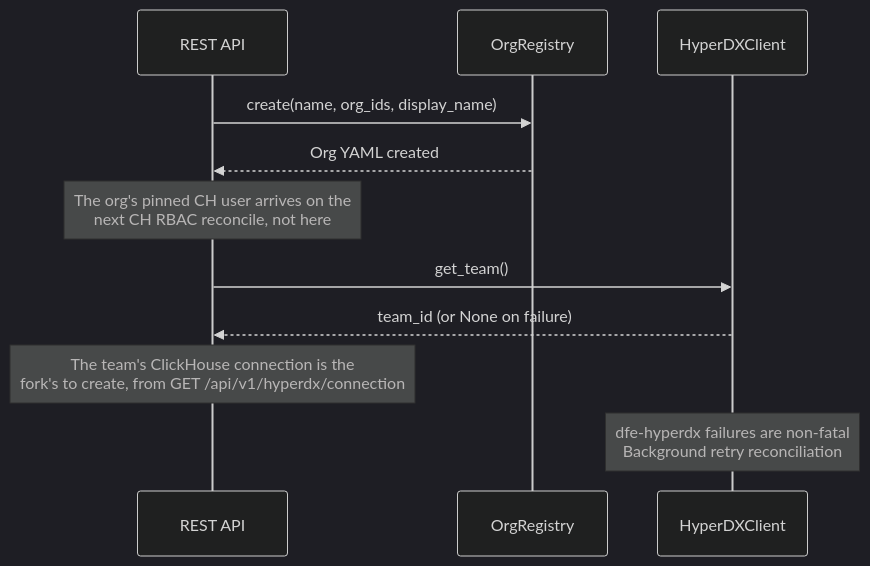
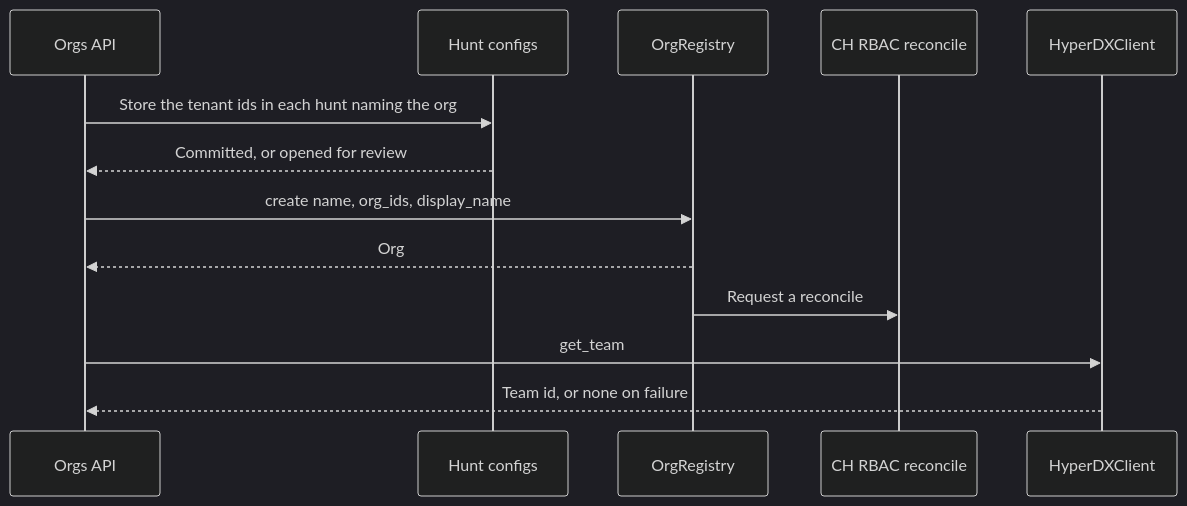
Before and after one commit to hyperi-io/dfe-engine: the seventh of 8 diagrams in docs/control-plane/rbac.md, drawn with Mermaid (dark theme). The commit also changed other lines of this file and 71 other files, not shown here.

First line of the commit message:
docs(engine): fix 159 claims and redraw every diagram

````diff
--- a/docs/control-plane/rbac.md
+++ b/docs/control-plane/rbac.md
@@ -588,18 +615,17 @@
 ```mermaid
 sequenceDiagram
-    participant API as REST API
+    accTitle: L4 Detail -- Org creation
+    accDescr: The orgs API stores the org's tenant ids in every hunt naming it, then creates the org in the registry. The registry's change requests a ClickHouse RBAC reconcile, and the API asks dfe-hyperdx for its team, where a failure is logged and the org stands.
+    participant API as Orgs API
+    participant Hunts as Hunt configs
     participant OR as OrgRegistry
+    participant CH as CH RBAC reconcile
     participant HDX as HyperDXClient
-
-    API->>OR: create(name, org_ids, display_name)
-    OR-->>API: Org YAML created
-
-    Note over API: The org's pinned CH user arrives on the<br/>next CH RBAC reconcile, not here
-
-    API->>HDX: get_team()
-    HDX-->>API: team_id (or None on failure)
-
-    Note over API: The team's ClickHouse connection is the<br/>fork's to create, from GET /api/v1/hyperdx/connection
-
-    Note over HDX: dfe-hyperdx failures are non-fatal<br/>Background retry reconciliation
+    API->>Hunts: Store the tenant ids in each hunt naming the org
+    Hunts-->>API: Committed, or opened for review
+    API->>OR: create name, org_ids, display_name
+    OR-->>API: Org
+    OR->>CH: Request a reconcile
+    API->>HDX: get_team
+    HDX-->>API: Team id, or none on failure
 ```
````
